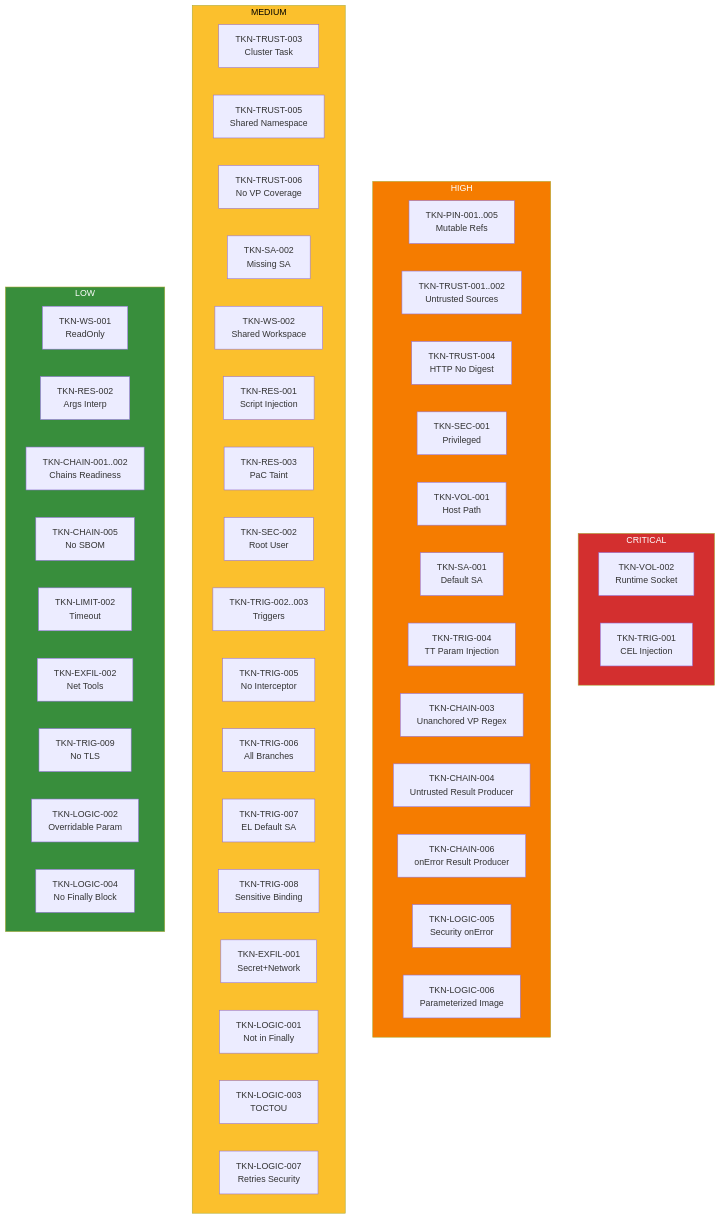
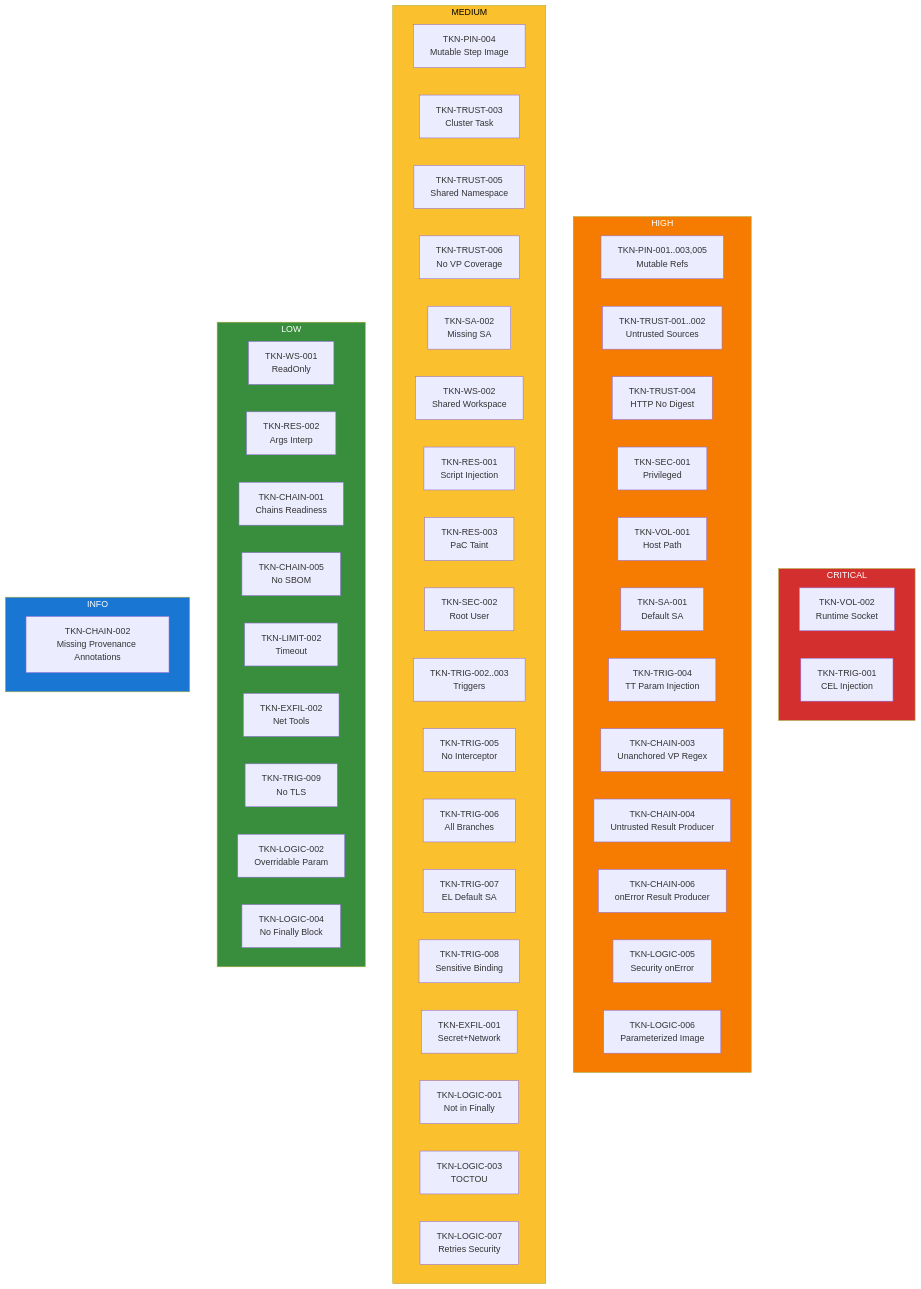
Before and after one commit to ugiordan/tekton-guard: the diagram in site/docs/reference/rules.md, drawn with Mermaid. The commit also changed other lines of this file, not shown here.

Commit message:
docs: fix 3 rules page inconsistencies (LIMIT-001 missing, severity mismatches)

````diff
--- a/site/docs/reference/rules.md
+++ b/site/docs/reference/rules.md
@@ -7,56 +7,62 @@
 ```mermaid
 graph TD
     subgraph CRITICAL
         VOL002["TKN-VOL-002<br/>Runtime Socket"]
         TRIG001["TKN-TRIG-001<br/>CEL Injection"]
     end
     subgraph HIGH
-        PIN001["TKN-PIN-001..005<br/>Mutable Refs"]
+        PIN001["TKN-PIN-001..003,005<br/>Mutable Refs"]
         TRUST001["TKN-TRUST-001..002<br/>Untrusted Sources"]
         TRUST004["TKN-TRUST-004<br/>HTTP No Digest"]
         SEC001["TKN-SEC-001<br/>Privileged"]
         VOL001["TKN-VOL-001<br/>Host Path"]
         SA001["TKN-SA-001<br/>Default SA"]
         TRIG004["TKN-TRIG-004<br/>TT Param Injection"]
         CHAIN003["TKN-CHAIN-003<br/>Unanchored VP Regex"]
         CHAIN004["TKN-CHAIN-004<br/>Untrusted Result Producer"]
         CHAIN006["TKN-CHAIN-006<br/>onError Result Producer"]
         LOGIC005["TKN-LOGIC-005<br/>Security onError"]
         LOGIC006["TKN-LOGIC-006<br/>Parameterized Image"]
     end
     subgraph MEDIUM
+        PIN004["TKN-PIN-004<br/>Mutable Step Image"]
         TRUST003["TKN-TRUST-003<br/>Cluster Task"]
         TRUST005["TKN-TRUST-005<br/>Shared Namespace"]
         TRUST006["TKN-TRUST-006<br/>No VP Coverage"]
         SA002["TKN-SA-002<br/>Missing SA"]
         WS002["TKN-WS-002<br/>Shared Workspace"]
         RES001["TKN-RES-001<br/>Script Injection"]
         RES003["TKN-RES-003<br/>PaC Taint"]
         SEC002["TKN-SEC-002<br/>Root User"]
         TRIG002["TKN-TRIG-002..003<br/>Triggers"]
         TRIG005["TKN-TRIG-005<br/>No Interceptor"]
         TRIG006["TKN-TRIG-006<br/>All Branches"]
         TRIG007["TKN-TRIG-007<br/>EL Default SA"]
         TRIG008["TKN-TRIG-008<br/>Sensitive Binding"]
         EXFIL001["TKN-EXFIL-001<br/>Secret+Network"]
         LOGIC001["TKN-LOGIC-001<br/>Not in Finally"]
         LOGIC003["TKN-LOGIC-003<br/>TOCTOU"]
         LOGIC007["TKN-LOGIC-007<br/>Retries Security"]
     end
     subgraph LOW
         WS001["TKN-WS-001<br/>ReadOnly"]
         RES002["TKN-RES-002<br/>Args Interp"]
-        CHAIN001["TKN-CHAIN-001..002<br/>Chains Readiness"]
+        CHAIN001["TKN-CHAIN-001<br/>Chains Readiness"]
         CHAIN005["TKN-CHAIN-005<br/>No SBOM"]
         LIMIT002["TKN-LIMIT-002<br/>Timeout"]
         EXFIL002["TKN-EXFIL-002<br/>Net Tools"]
         TRIG009["TKN-TRIG-009<br/>No TLS"]
         LOGIC002["TKN-LOGIC-002<br/>Overridable Param"]
         LOGIC004["TKN-LOGIC-004<br/>No Finally Block"]
     end
     
+    subgraph INFO
+        CHAIN002["TKN-CHAIN-002<br/>Missing Provenance Annotations"]
+    end
+    
     style CRITICAL fill:#d32f2f,color:#fff
     style HIGH fill:#f57c00,color:#fff
     style MEDIUM fill:#fbc02d,color:#000
     style LOW fill:#388e3c,color:#fff
+    style INFO fill:#1976d2,color:#fff
 ```
````
